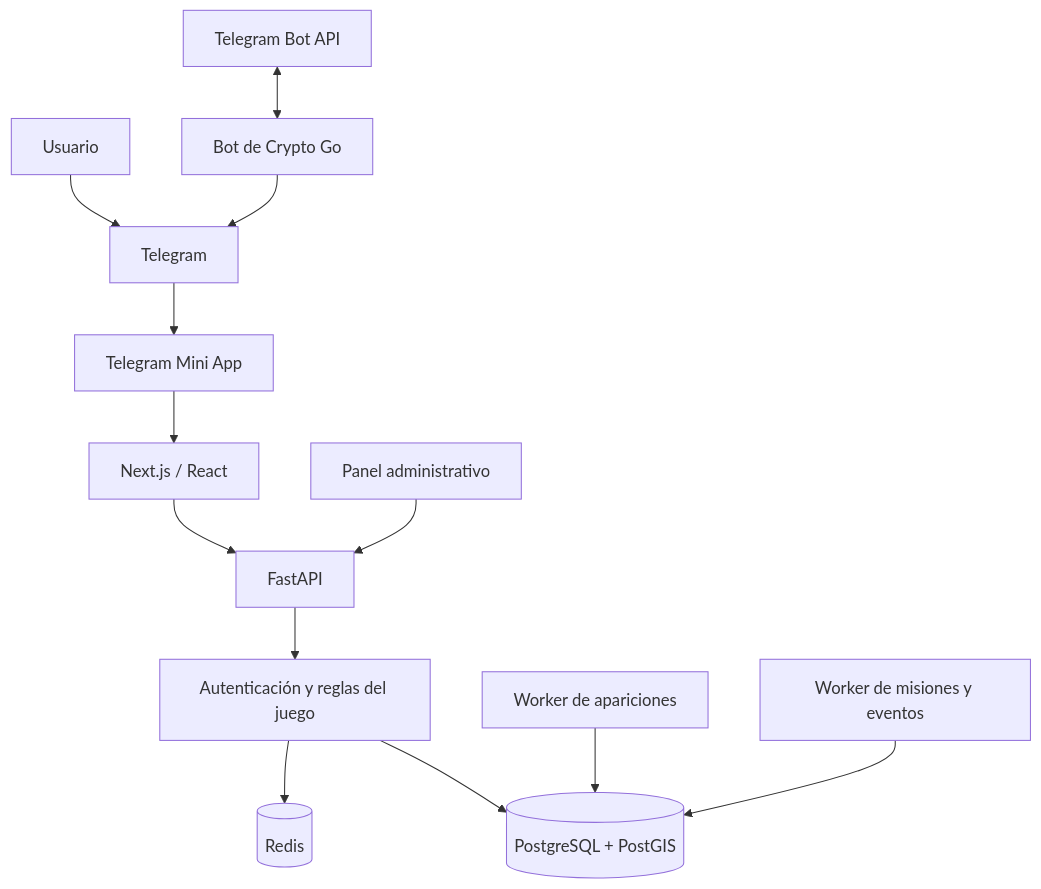
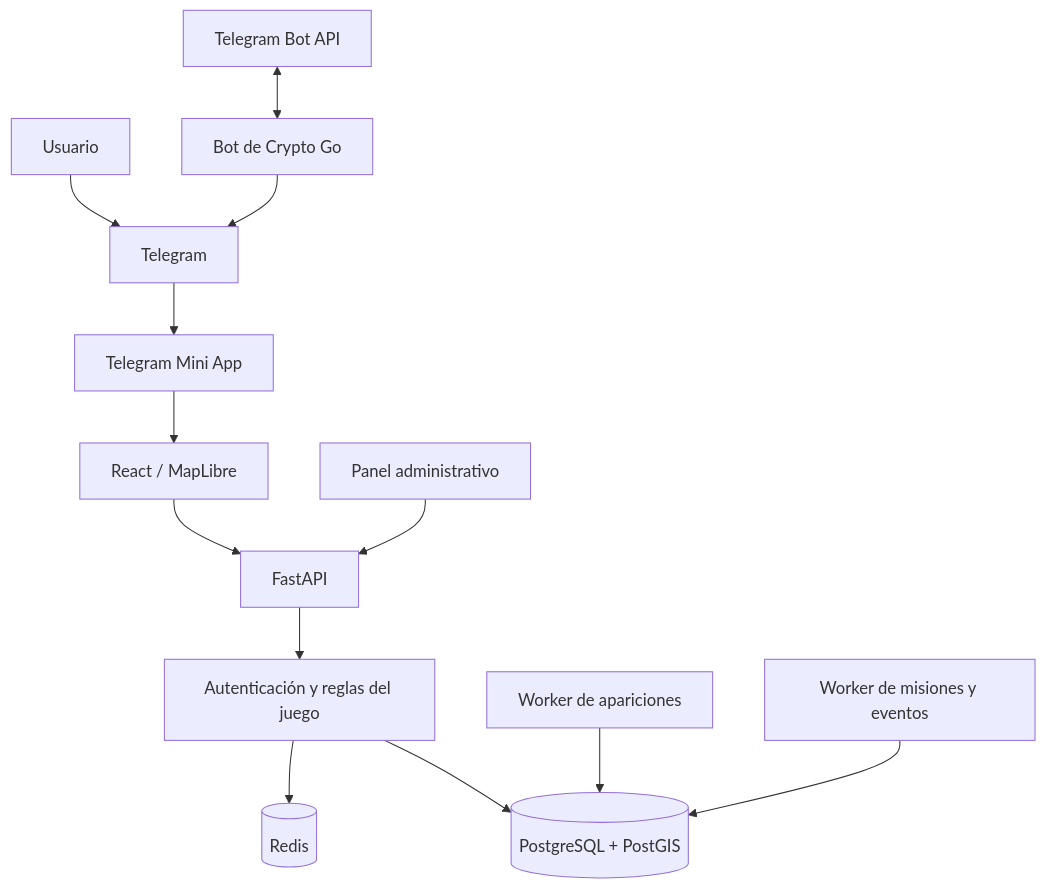
The diagram in README.md (airpulsecorman-dev/cryptogo), drawn with Mermaid before and after one commit. The commit also changed other lines of this file and 21 other files, not shown here.

````diff
--- a/README.md
+++ b/README.md
@@ -537,15 +543,15 @@
 ``` mermaid
 flowchart TD
     A[Usuario] --> B[Telegram]
     B --> C[Telegram Mini App]
-    C --> D[Next.js / React]
+    C --> D[React / MapLibre]
     D --> E[FastAPI]
     E --> F[Autenticación y reglas del juego]
     F --> G[(PostgreSQL + PostGIS)]
     F --> H[(Redis)]
     I[Worker de apariciones] --> G
     J[Worker de misiones y eventos] --> G
     K[Panel administrativo] --> E
     L[Telegram Bot API] <--> M[Bot de Crypto Go]
     M --> B
 ```
````
